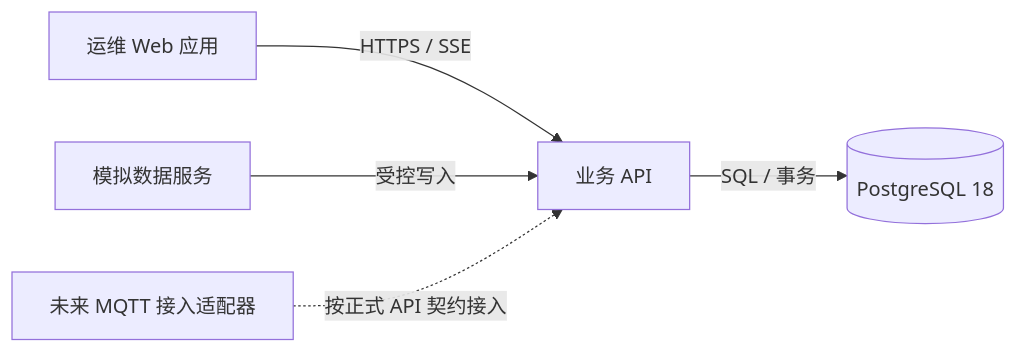
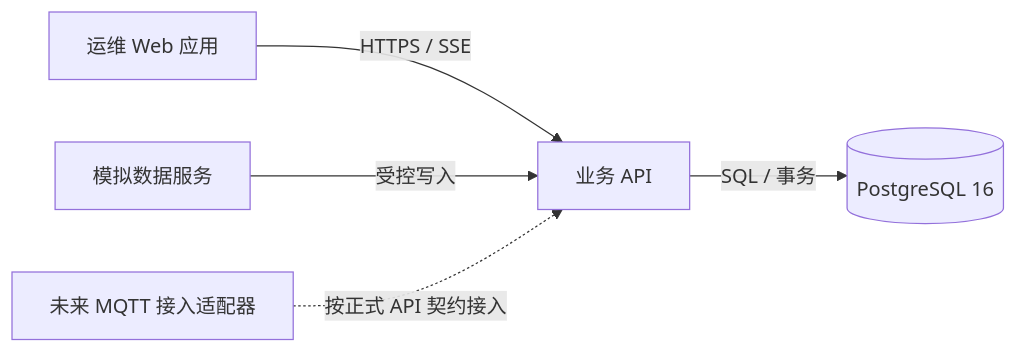
The diagram in docs/软件企业级架构与数据设计.md (x1ng-chen/utility-tunnel-digital-twin), drawn with Mermaid before and after one commit. The commit also changed other lines of this file and 18 other files, not shown here.

````diff
--- a/docs/软件企业级架构与数据设计.md
+++ b/docs/软件企业级架构与数据设计.md
@@ -9,7 +9,7 @@
 ```mermaid
 flowchart LR
     Web[运维 Web 应用] -->|HTTPS / SSE| API[业务 API]
-    API -->|SQL / 事务| DB[(PostgreSQL 18)]
+    API -->|SQL / 事务| DB[(PostgreSQL 16)]
     Simulator[模拟数据服务] -->|受控写入| API
     Adapter[未来 MQTT 接入适配器] -. 按正式 API 契约接入 .-> API
 ```
````
